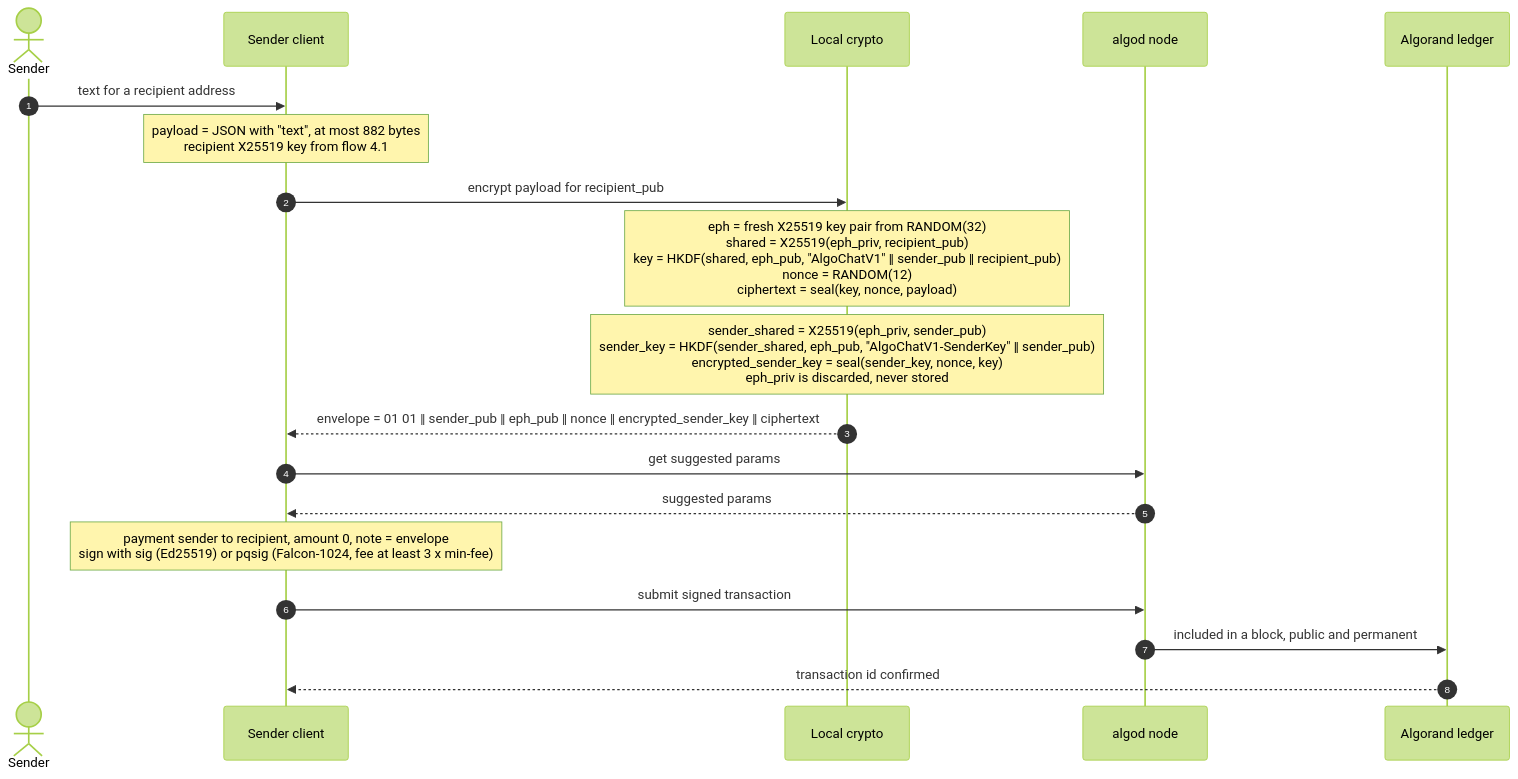
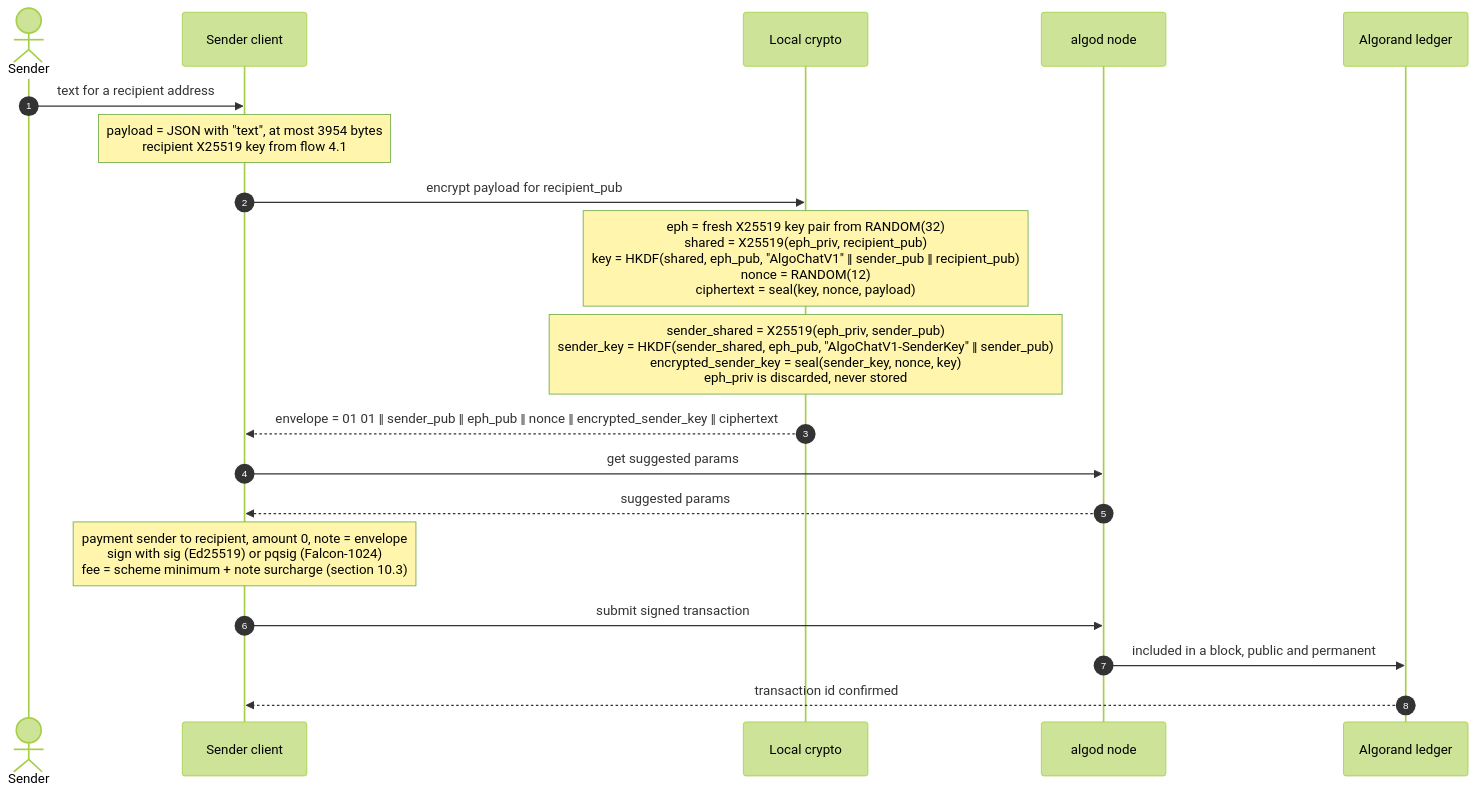
The sixth of 14 diagrams in docs/HLD.md (CorvidLabs/protocol-algochat), drawn with Mermaid (forest theme) before and after one commit. The commit also changed other lines of this file and 6 other files, not shown here.

````diff
--- a/docs/HLD.md
+++ b/docs/HLD.md
@@ -214,21 +214,21 @@
 ```mermaid
 sequenceDiagram
     autonumber
     actor U as Sender
     participant C as Sender client
     participant K as Local crypto
     participant N as algod node
     participant L as Algorand ledger
     U->>C: text for a recipient address
-    Note over C: payload = JSON with "text", at most 882 bytes<br/>recipient X25519 key from flow 4.1
+    Note over C: payload = JSON with "text", at most 3954 bytes<br/>recipient X25519 key from flow 4.1
     C->>K: encrypt payload for recipient_pub
     Note over K: eph = fresh X25519 key pair from RANDOM(32)<br/>shared = X25519(eph_priv, recipient_pub)<br/>key = HKDF(shared, eph_pub, "AlgoChatV1" ‖ sender_pub ‖ recipient_pub)<br/>nonce = RANDOM(12)<br/>ciphertext = seal(key, nonce, payload)
     Note over K: sender_shared = X25519(eph_priv, sender_pub)<br/>sender_key = HKDF(sender_shared, eph_pub, "AlgoChatV1-SenderKey" ‖ sender_pub)<br/>encrypted_sender_key = seal(sender_key, nonce, key)<br/>eph_priv is discarded, never stored
     K-->>C: envelope = 01 01 ‖ sender_pub ‖ eph_pub ‖ nonce ‖ encrypted_sender_key ‖ ciphertext
     C->>N: get suggested params
     N-->>C: suggested params
-    Note over C: payment sender to recipient, amount 0, note = envelope<br/>sign with sig (Ed25519) or pqsig (Falcon-1024, fee at least 3 x min-fee)
+    Note over C: payment sender to recipient, amount 0, note = envelope<br/>sign with sig (Ed25519) or pqsig (Falcon-1024)<br/>fee = scheme minimum + note surcharge (section 10.3)
     C->>N: submit signed transaction
     N->>L: included in a block, public and permanent
     L-->>C: transaction id confirmed
 ```
````
